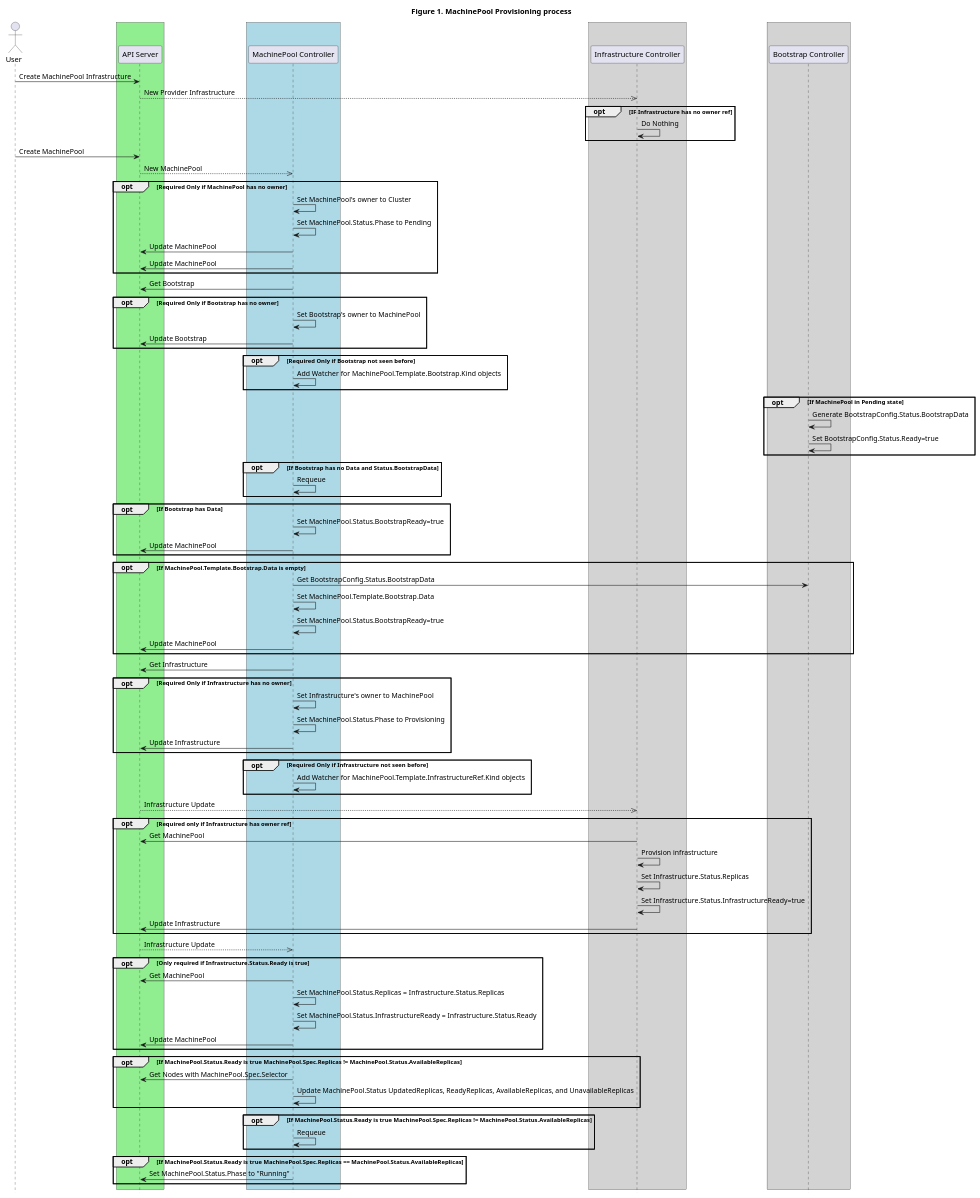
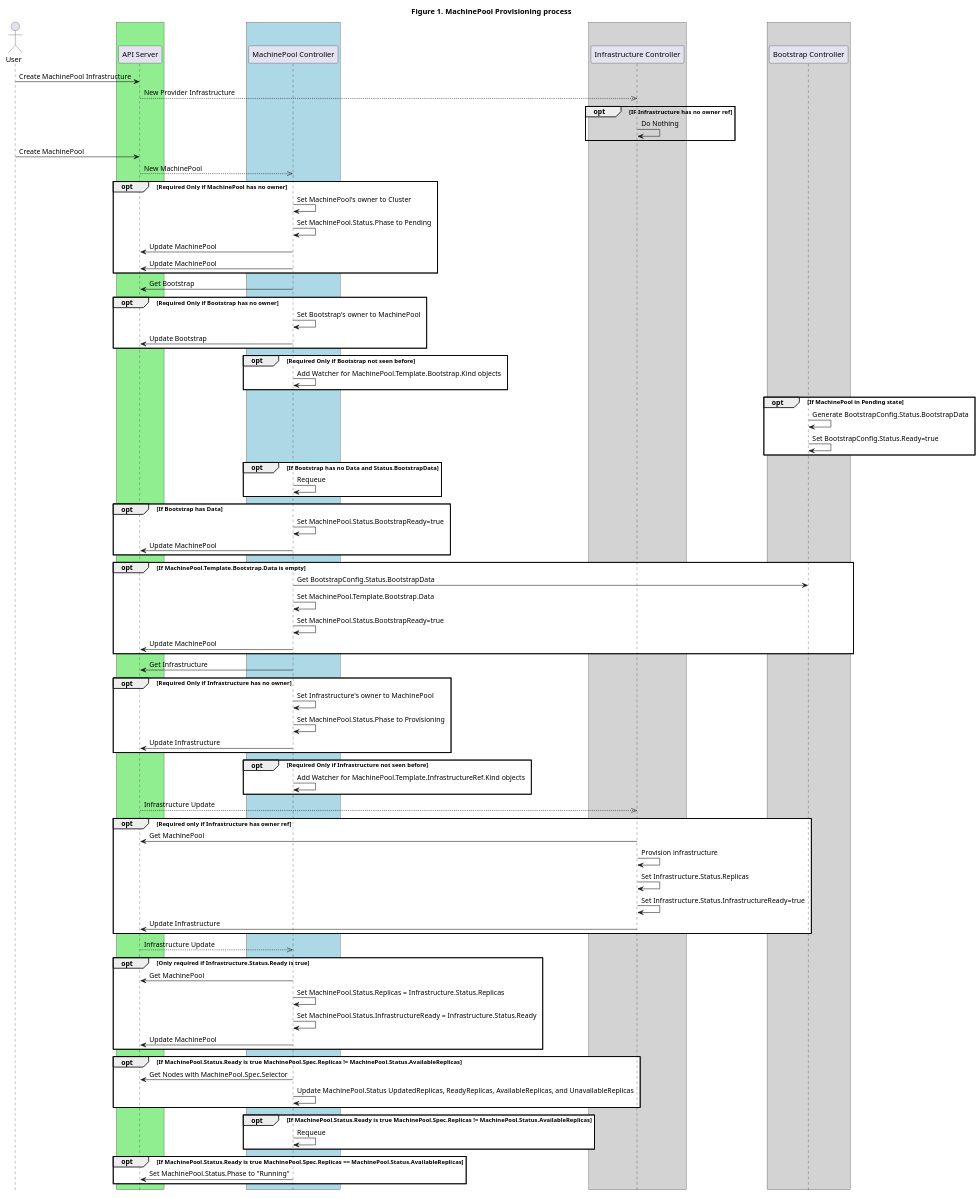
Before and after one commit to kubernetes-sigs/cluster-api: the diagram in docs/proposals/images/machinepool-api/figure1.plantuml, drawn with PlantUML. The commit also changed 42 other files, not shown here.

Commit message:
Update docs/Makefile. Fix proposal diagrams transparency issue with new PlantUML version.

```diff
--- a/docs/proposals/images/machinepool-api/figure1.plantuml
+++ b/docs/proposals/images/machinepool-api/figure1.plantuml
@@ -1,111 +1,111 @@
 @startuml
 title Figure 1. MachinePool Provisioning process
 actor User
 
 ' -- GROUPS START ---
 
 box #LightGreen
 participant "API Server"
 end box
 
 box #LightBlue
 participant "MachinePool Controller"
 end box
 
 box #LightGrey
 participant "Infrastructure Controller"
 end box
 
 box #LightGrey
 participant "Bootstrap Controller"
 end box
 
 ' -- GROUPS END ---
 
 User -> "API Server" : Create MachinePool Infrastructure
 "API Server" -->> "Infrastructure Controller": New Provider Infrastructure
 opt IF Infrastructure has no owner ref
 "Infrastructure Controller"->"Infrastructure Controller": Do Nothing
 end
 
 User -> "API Server": Create MachinePool
 "API Server" -->> "MachinePool Controller": New MachinePool
-opt Required Only if MachinePool has no owner
+opt #white Required Only if MachinePool has no owner
 "MachinePool Controller" -> "MachinePool Controller": Set MachinePool's owner to Cluster
 "MachinePool Controller" -> "MachinePool Controller": Set MachinePool.Status.Phase to Pending
 "MachinePool Controller" -> "API Server": Update MachinePool
 "MachinePool Controller" -> "API Server": Update MachinePool
 end
 
 "MachinePool Controller" -> "API Server": Get Bootstrap
-opt Required Only if Bootstrap has no owner
+opt #white Required Only if Bootstrap has no owner
 "MachinePool Controller" -> "MachinePool Controller": Set Bootstrap's owner to MachinePool
 "MachinePool Controller" -> "API Server": Update Bootstrap
 end
-opt Required Only if Bootstrap not seen before
+opt #white Required Only if Bootstrap not seen before
 "MachinePool Controller" -> "MachinePool Controller": Add Watcher for MachinePool.Template.Bootstrap.Kind objects
 end
 
-opt If MachinePool in Pending state
+opt #white If MachinePool in Pending state
 "Bootstrap Controller"->"Bootstrap Controller": Generate BootstrapConfig.Status.BootstrapData
 "Bootstrap Controller"->"Bootstrap Controller": Set BootstrapConfig.Status.Ready=true
 end
 
-opt If Bootstrap has no Data and Status.BootstrapData
+opt #white If Bootstrap has no Data and Status.BootstrapData
 "MachinePool Controller"->"MachinePool Controller": Requeue
 end
 
-opt If Bootstrap has Data
+opt #white If Bootstrap has Data
 "MachinePool Controller" -> "MachinePool Controller": Set MachinePool.Status.BootstrapReady=true
 "MachinePool Controller" -> "API Server": Update MachinePool
 end
 
-opt If MachinePool.Template.Bootstrap.Data is empty
+opt #white If MachinePool.Template.Bootstrap.Data is empty
 "MachinePool Controller" -> "Bootstrap Controller": Get BootstrapConfig.Status.BootstrapData
 "MachinePool Controller" -> "MachinePool Controller": Set MachinePool.Template.Bootstrap.Data
 "MachinePool Controller" -> "MachinePool Controller": Set MachinePool.Status.BootstrapReady=true
 "MachinePool Controller" -> "API Server": Update MachinePool
 end
 
 "MachinePool Controller" -> "API Server": Get Infrastructure
-opt Required Only if Infrastructure has no owner
+opt #white Required Only if Infrastructure has no owner
 "MachinePool Controller" -> "MachinePool Controller": Set Infrastructure's owner to MachinePool
 "MachinePool Controller" -> "MachinePool Controller": Set MachinePool.Status.Phase to Provisioning
 "MachinePool Controller" -> "API Server": Update Infrastructure
 end
-opt Required Only if Infrastructure not seen before
+opt #white Required Only if Infrastructure not seen before
 "MachinePool Controller" -> "MachinePool Controller": Add Watcher for MachinePool.Template.InfrastructureRef.Kind objects
 end
 
 "API Server" -->> "Infrastructure Controller": Infrastructure Update
-opt Required only if Infrastructure has owner ref
+opt #white Required only if Infrastructure has owner ref
 "Infrastructure Controller" -> "API Server": Get MachinePool
 "Infrastructure Controller" -> "Infrastructure Controller": Provision infrastructure
 "Infrastructure Controller" -> "Infrastructure Controller": Set Infrastructure.Status.Replicas
 "Infrastructure Controller" -> "Infrastructure Controller": Set Infrastructure.Status.InfrastructureReady=true
 "Infrastructure Controller" -> "API Server": Update Infrastructure
 end
 
 "API Server" -->> "MachinePool Controller": Infrastructure Update
-opt Only required if Infrastructure.Status.Ready is true
+opt #white Only required if Infrastructure.Status.Ready is true
 "MachinePool Controller" -> "API Server": Get MachinePool
 "MachinePool Controller" -> "MachinePool Controller": Set MachinePool.Status.Replicas = Infrastructure.Status.Replicas
 "MachinePool Controller" -> "MachinePool Controller": Set MachinePool.Status.InfrastructureReady = Infrastructure.Status.Ready
 "MachinePool Controller" -> "API Server": Update MachinePool
 end
 
-opt If MachinePool.Status.Ready is true MachinePool.Spec.Replicas != MachinePool.Status.AvailableReplicas
+opt #white If MachinePool.Status.Ready is true MachinePool.Spec.Replicas != MachinePool.Status.AvailableReplicas
 "MachinePool Controller" -> "API Server": Get Nodes with MachinePool.Spec.Selector
 "MachinePool Controller" -> "MachinePool Controller": Update MachinePool.Status UpdatedReplicas, ReadyReplicas, AvailableReplicas, and UnavailableReplicas
 end
 
-opt If MachinePool.Status.Ready is true MachinePool.Spec.Replicas != MachinePool.Status.AvailableReplicas
+opt #white If MachinePool.Status.Ready is true MachinePool.Spec.Replicas != MachinePool.Status.AvailableReplicas
 "MachinePool Controller"->"MachinePool Controller": Requeue
 end
 
-opt If MachinePool.Status.Ready is true MachinePool.Spec.Replicas == MachinePool.Status.AvailableReplicas
+opt #white If MachinePool.Status.Ready is true MachinePool.Spec.Replicas == MachinePool.Status.AvailableReplicas
 "MachinePool Controller"->"API Server": Set MachinePool.Status.Phase to "Running"
 end
 
 hide footbox
 @enduml
```
